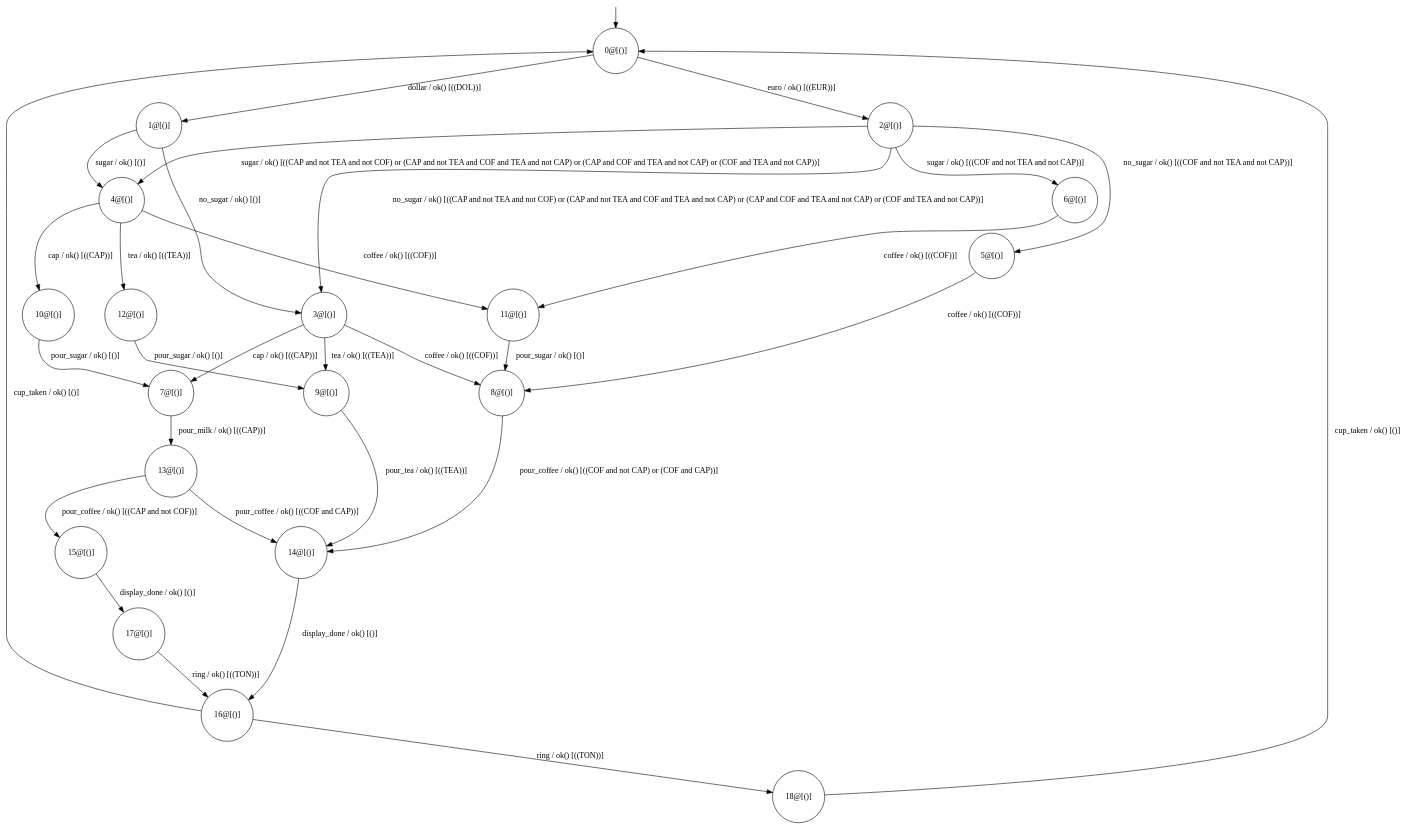
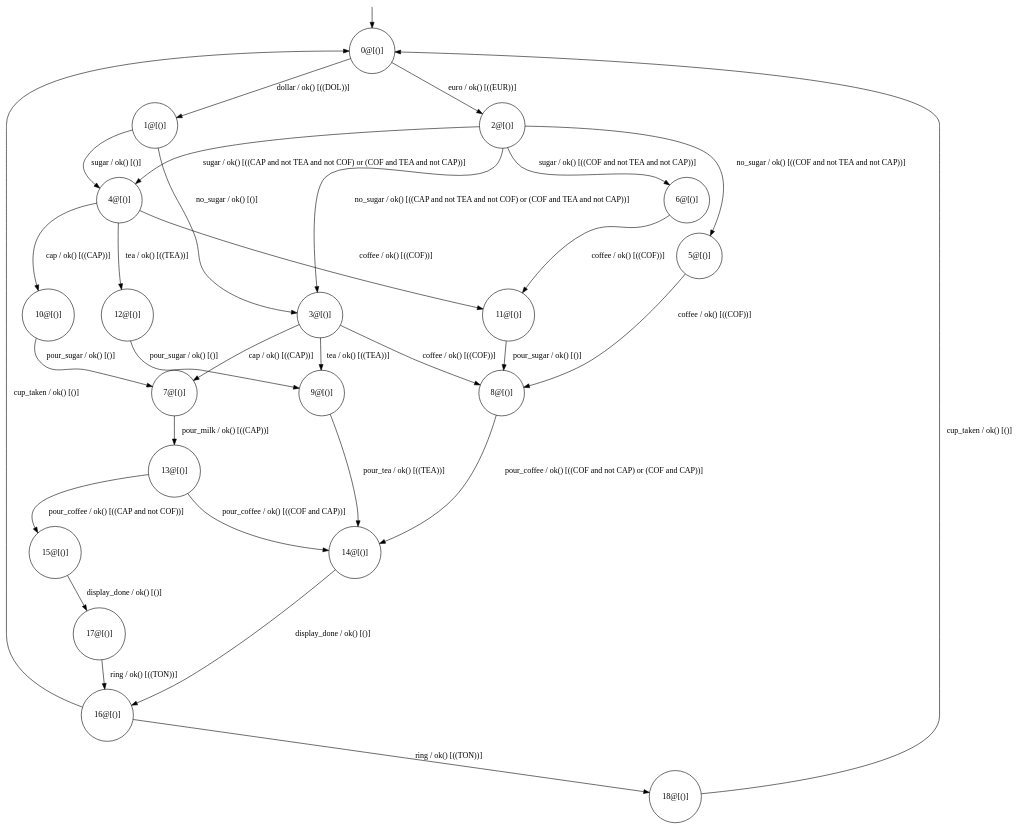
The diagram in GeneralizingFFSM/experiments/VM_SPL/FFSM_2wise_sample/ffsm_global_metric_generalized_3_LoopsRemoved.dot (sh-t-20/GeneralizingFFSM), drawn with Graphviz before and after one commit. The commit also changed 350 other files, not shown here.

```diff
--- a/GeneralizingFFSM/experiments/VM_SPL/FFSM_2wise_sample/ffsm_global_metric_generalized_3_LoopsRemoved.dot
+++ b/GeneralizingFFSM/experiments/VM_SPL/FFSM_2wise_sample/ffsm_global_metric_generalized_3_LoopsRemoved.dot
@@ -1,54 +1,54 @@
 digraph g {
 	edge [lblstyle="above, sloped"];
 	s0 [shape="circle" label="0@[()]"];
 	s1 [shape="circle" label="1@[()]"];
 	s2 [shape="circle" label="2@[()]"];
 	s3 [shape="circle" label="3@[()]"];
 	s4 [shape="circle" label="4@[()]"];
 	s5 [shape="circle" label="5@[()]"];
 	s6 [shape="circle" label="6@[()]"];
 	s7 [shape="circle" label="7@[()]"];
 	s8 [shape="circle" label="8@[()]"];
 	s9 [shape="circle" label="9@[()]"];
 	s10 [shape="circle" label="10@[()]"];
 	s11 [shape="circle" label="11@[()]"];
 	s12 [shape="circle" label="12@[()]"];
 	s13 [shape="circle" label="13@[()]"];
 	s14 [shape="circle" label="14@[()]"];
 	s15 [shape="circle" label="15@[()]"];
 	s16 [shape="circle" label="16@[()]"];
 	s17 [shape="circle" label="17@[()]"];
 	s18 [shape="circle" label="18@[()]"];
 	s0 -> s1 [label="dollar / ok() [((DOL))]"];
 	s0 -> s2 [label="euro / ok() [((EUR))]"];
 	s1 -> s3 [label="no_sugar / ok() [()]"];
 	s1 -> s4 [label="sugar / ok() [()]"];
-	s2 -> s3 [label="no_sugar / ok() [((CAP and not TEA and not COF) or (CAP and not TEA and COF and TEA and not CAP) or (CAP and COF and TEA and not CAP) or (COF and TEA and not CAP))]"];
+	s2 -> s3 [label="no_sugar / ok() [((CAP and not TEA and not COF) or (COF and TEA and not CAP))]"];
 	s2 -> s5 [label="no_sugar / ok() [((COF and not TEA and not CAP))]"];
-	s2 -> s4 [label="sugar / ok() [((CAP and not TEA and not COF) or (CAP and not TEA and COF and TEA and not CAP) or (CAP and COF and TEA and not CAP) or (COF and TEA and not CAP))]"];
+	s2 -> s4 [label="sugar / ok() [((CAP and not TEA and not COF) or (COF and TEA and not CAP))]"];
 	s2 -> s6 [label="sugar / ok() [((COF and not TEA and not CAP))]"];
 	s3 -> s7 [label="cap / ok() [((CAP))]"];
 	s3 -> s8 [label="coffee / ok() [((COF))]"];
 	s3 -> s9 [label="tea / ok() [((TEA))]"];
 	s4 -> s10 [label="cap / ok() [((CAP))]"];
 	s4 -> s11 [label="coffee / ok() [((COF))]"];
 	s4 -> s12 [label="tea / ok() [((TEA))]"];
 	s5 -> s8 [label="coffee / ok() [((COF))]"];
 	s6 -> s11 [label="coffee / ok() [((COF))]"];
 	s7 -> s13 [label="pour_milk / ok() [((CAP))]"];
 	s8 -> s14 [label="pour_coffee / ok() [((COF and not CAP) or (COF and CAP))]"];
 	s9 -> s14 [label="pour_tea / ok() [((TEA))]"];
 	s10 -> s7 [label="pour_sugar / ok() [()]"];
 	s11 -> s8 [label="pour_sugar / ok() [()]"];
 	s12 -> s9 [label="pour_sugar / ok() [()]"];
 	s13 -> s14 [label="pour_coffee / ok() [((COF and CAP))]"];
 	s13 -> s15 [label="pour_coffee / ok() [((CAP and not COF))]"];
 	s14 -> s16 [label="display_done / ok() [()]"];
 	s15 -> s17 [label="display_done / ok() [()]"];
 	s16 -> s0 [label="cup_taken / ok() [()]"];
 	s16 -> s18 [label="ring / ok() [((TON))]"];
 	s17 -> s16 [label="ring / ok() [((TON))]"];
 	s18 -> s0 [label="cup_taken / ok() [()]"];
 	__start0 [label="" shape="none" width="0" height="0"];
 	__start0 -> s0;
 }
```
